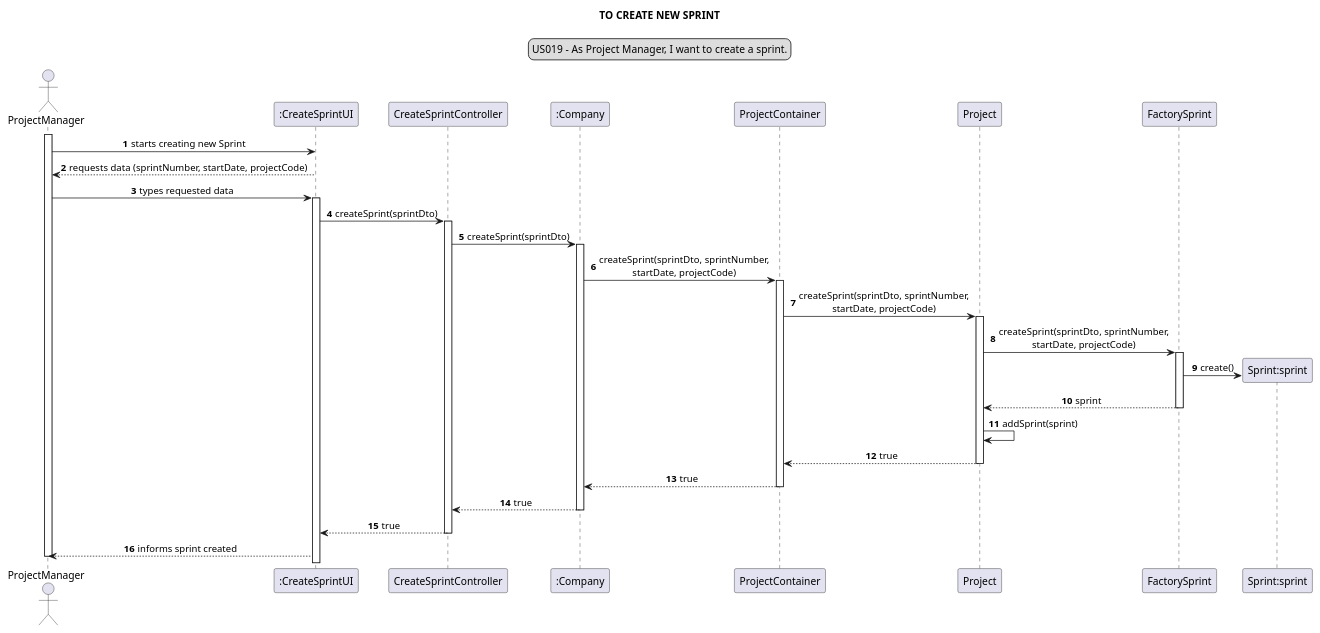
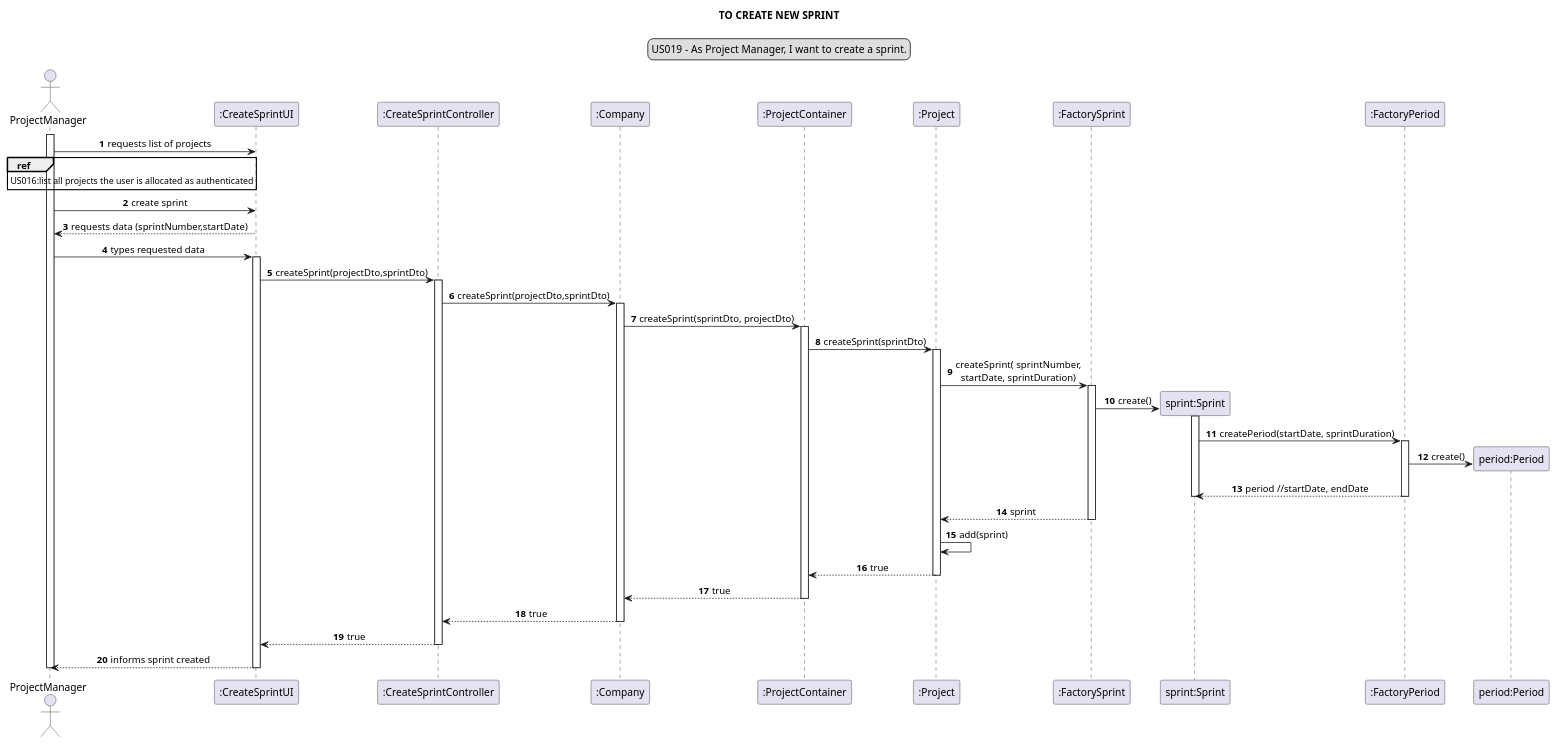
One commit to Loracline/project_switch_22-23 changed the diagram in docs/modelling_design/user_stories/sprint03/us019/US019_sequenceDiagram.puml. Above: the diagram before and after it, drawn with PlantUML. The commit also changed 5 other files, not shown here.

```diff
--- a/docs/modelling_design/user_stories/sprint03/us019/US019_sequenceDiagram.puml
+++ b/docs/modelling_design/user_stories/sprint03/us019/US019_sequenceDiagram.puml
@@ -1,63 +1,80 @@
 @startuml
 
 skinparam sequenceMessageAlign center
 title TO CREATE NEW SPRINT
 legend top
 US019 - As Project Manager, I want to create a sprint.
 end legend
 autonumber
 
 actor ProjectManager as pm
 participant ":CreateSprintUI" as ui
-participant "CreateSprintController" as ct
+participant ":CreateSprintController" as ct
 participant ":Company" as c
-participant "ProjectContainer" as pc
-participant "Project" as p
-participant "FactorySprint" as fact
-participant "Sprint:sprint" as ss
+participant ":ProjectContainer" as pc
+participant ":Project" as p
+participant ":FactorySprint" as fact
+participant "sprint:Sprint" as ss
+participant ":FactoryPeriod" as fp
+participant "period:Period" as pp
 
 activate pm
-pm -> ui: starts creating new Sprint
+pm -> ui: requests list of projects
+ref over pm : US016:list all projects the user is allocated as authenticated
+pm -> ui : create sprint
+ui --> pm : requests data (sprintNumber,startDate)
 
-
-ui --> pm: requests data (sprintNumber, startDate, projectCode)
 pm -> ui: types requested data
 activate ui
 
-ui -> ct: createSprint(sprintDto)
+ui -> ct: createSprint(projectDto,sprintDto)
 activate ct
 
-ct -> c: createSprint(sprintDto)
+ct -> c: createSprint(projectDto,sprintDto)
 activate c
 
-c -> pc: createSprint(sprintDto, sprintNumber,\nstartDate, projectCode)
+c -> pc: createSprint(sprintDto, projectDto)
 activate pc
 
-pc -> p: createSprint(sprintDto, sprintNumber,\nstartDate, projectCode)
+pc -> p: createSprint(sprintDto)
 activate p
 
-p -> fact: createSprint(sprintDto, sprintNumber,\nstartDate, projectCode)
+p -> fact: createSprint( sprintNumber,\nstartDate, sprintDuration)
 activate fact
 
 create ss
 fact -> ss: create()
-fact -->p : sprint
+
+activate ss
+
+ss -> fp : createPeriod(startDate, sprintDuration)
+
+activate fp
+
+create pp
+fp -> pp : create()
+fp --> ss : period //startDate, endDate
+deactivate ss
+deactivate fp
+fact --> p : sprint
 
 deactivate fact
-p -> p: addSprint(sprint)
+p -> p: add(sprint)
 
 p --> pc: true
 deactivate p
 
 pc --> c : true
 deactivate pc
 
 c --> ct : true
 deactivate c
 
 ct --> ui : true
 deactivate ct
 
+
 ui --> pm: informs sprint created
+deactivate ui
 deactivate pm
 @enduml
```
